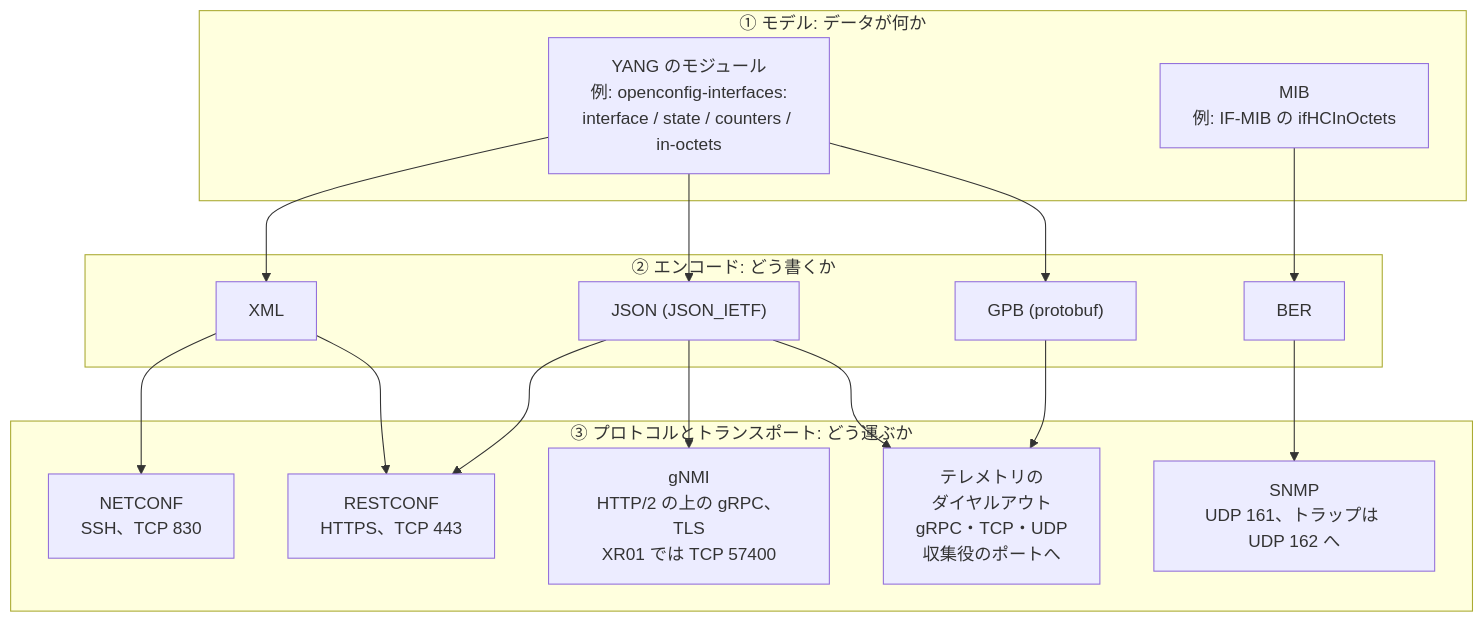
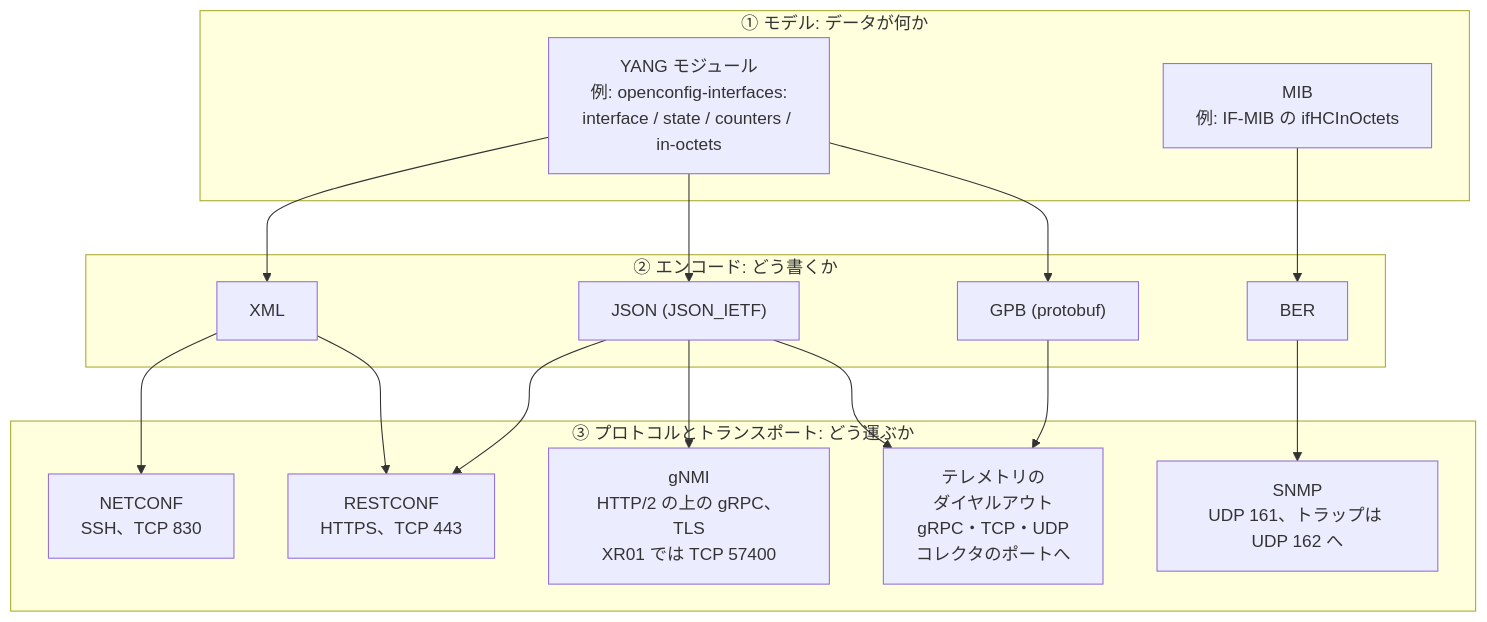
The second of 2 diagrams in courses/xr/ja/e00-m13-map.md (suzugross/CCNP_LAB_FACTORY), drawn with Mermaid before and after one commit. The commit also changed other lines of this file and 302 other files, not shown here.

````diff
--- a/courses/xr/ja/e00-m13-map.md
+++ b/courses/xr/ja/e00-m13-map.md
@@ -109,29 +204,29 @@
 ```mermaid
 flowchart TB
   subgraph L1["① モデル: データが何か"]
-    Y["YANG のモジュール<br/>例: openconfig-interfaces:<br/>interface / state / counters / in-octets"]
+    Y["YANG モジュール<br/>例: openconfig-interfaces:<br/>interface / state / counters / in-octets"]
     M["MIB<br/>例: IF-MIB の ifHCInOctets"]
   end
   subgraph L2["② エンコード: どう書くか"]
     X["XML"]
     J["JSON (JSON_IETF)"]
     G["GPB (protobuf)"]
     B["BER"]
   end
   subgraph L3["③ プロトコルとトランスポート: どう運ぶか"]
     NC["NETCONF<br/>SSH、TCP 830"]
     RC["RESTCONF<br/>HTTPS、TCP 443"]
     GN["gNMI<br/>HTTP/2 の上の gRPC、TLS<br/>XR01 では TCP 57400"]
-    DO["テレメトリの<br/>ダイヤルアウト<br/>gRPC・TCP・UDP<br/>収集役のポートへ"]
+    DO["テレメトリの<br/>ダイヤルアウト<br/>gRPC・TCP・UDP<br/>コレクタのポートへ"]
     SN["SNMP<br/>UDP 161、トラップは UDP 162 へ"]
   end
   Y --> X & J & G
   M --> B
   X --> NC
   X --> RC
   J --> RC
   J --> GN
   J --> DO
   G --> DO
   B --> SN
 ```
````
